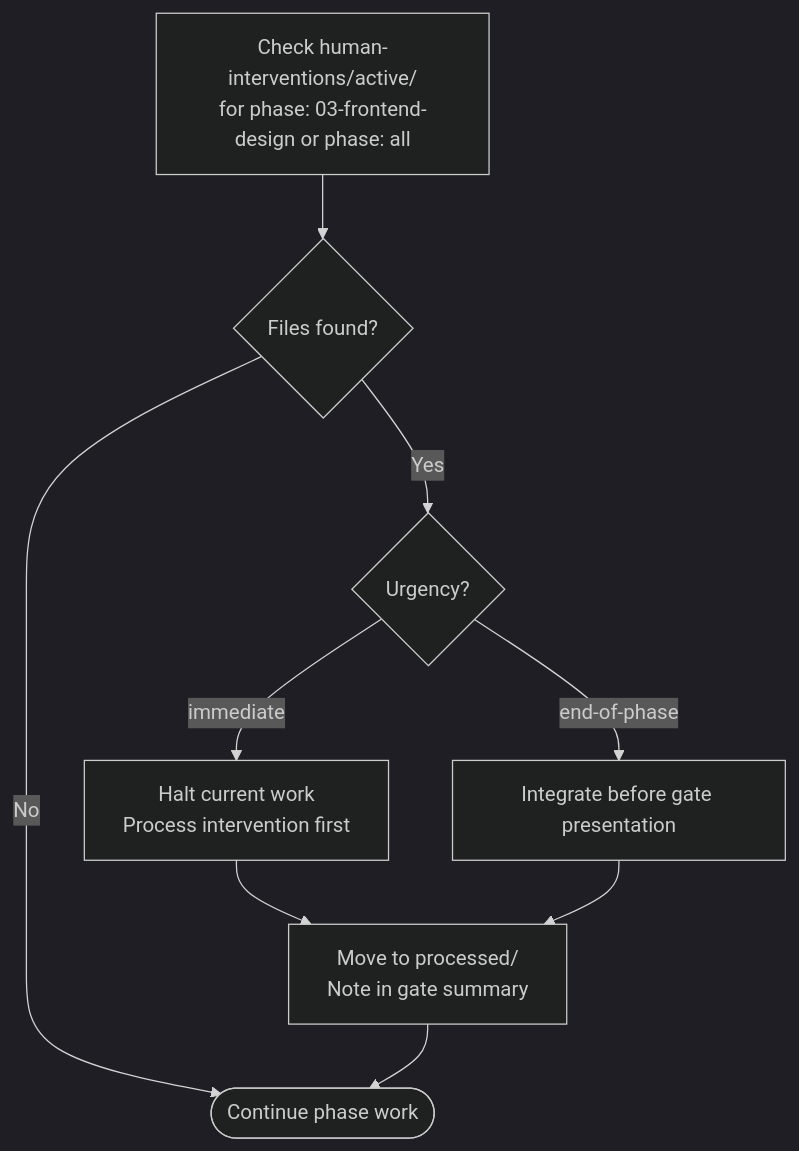
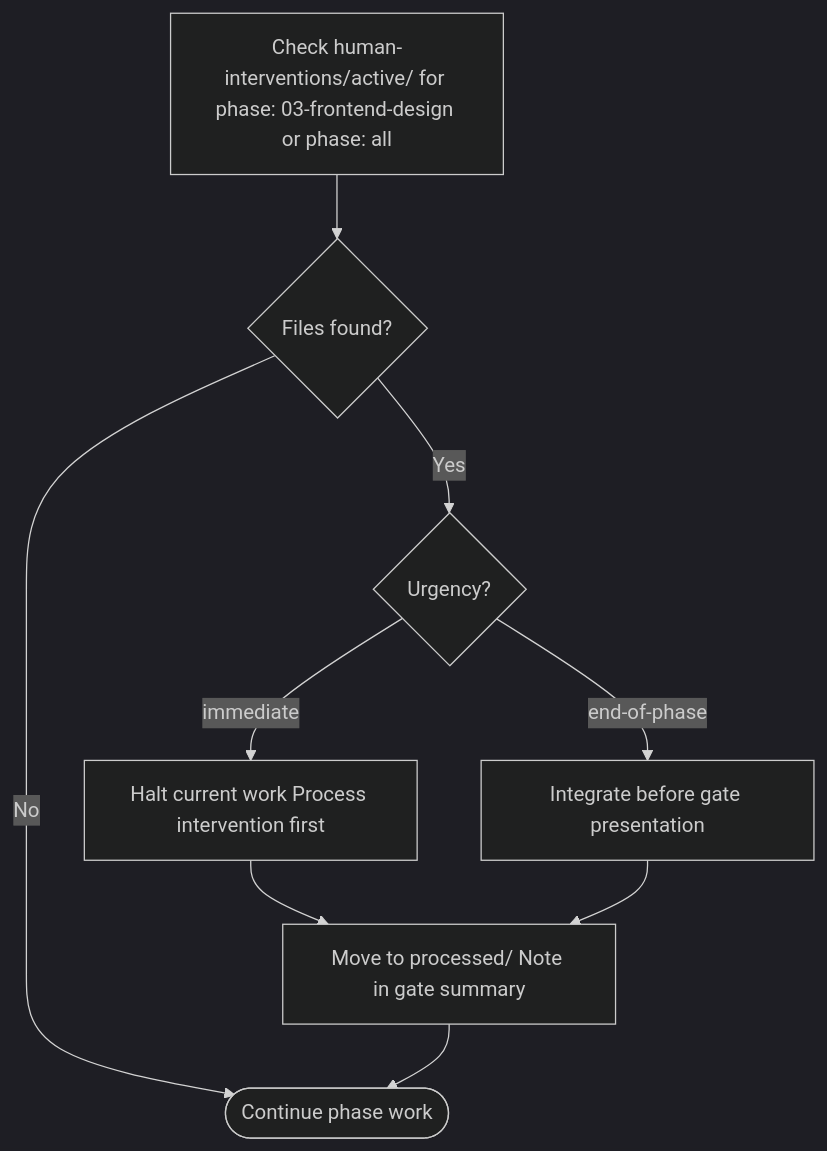
One commit to ivanyeors/product-agentic-templates changed the second of 2 diagrams in .cursor/skills/03-frontend-design/SKILL.md. Above: the diagram before and after it, drawn with Mermaid (dark theme). The commit also changed other lines of this file and 39 other files, not shown here.

````diff
--- a/.cursor/skills/03-frontend-design/SKILL.md
+++ b/.cursor/skills/03-frontend-design/SKILL.md
@@ -236,11 +252,11 @@
 ```mermaid
 flowchart TD
-    check[Check human-interventions/active/\nfor phase: 03-frontend-design or phase: all] --> found{Files found?}
+    check[Check human-interventions/active/ for phase: 03-frontend-design or phase: all] --> found{Files found?}
     found -->|No| proceed([Continue phase work])
     found -->|Yes| urgency{Urgency?}
-    urgency -->|immediate| halt[Halt current work\nProcess intervention first]
+    urgency -->|immediate| halt[Halt current work Process intervention first]
     urgency -->|end-of-phase| queue[Integrate before gate presentation]
-    halt --> archive[Move to processed/\nNote in gate summary]
+    halt --> archive[Move to processed/ Note in gate summary]
     queue --> archive
     archive --> proceed
 ```
````
